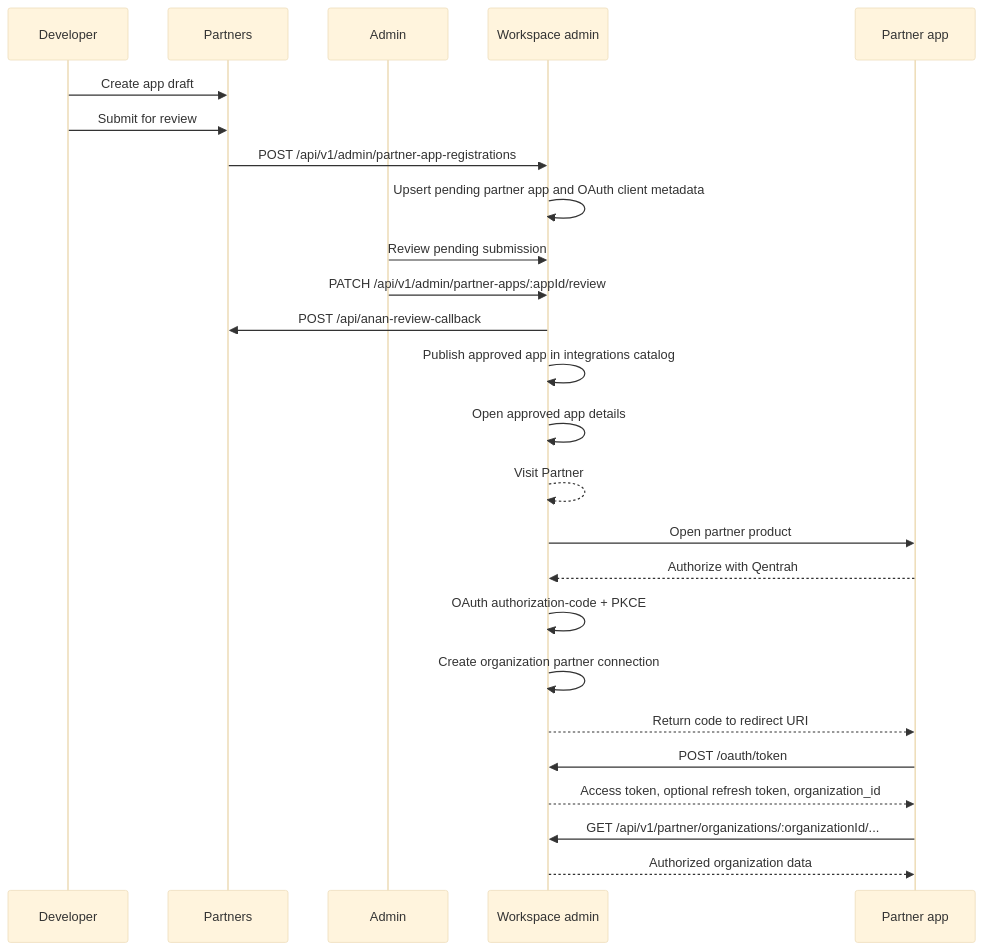
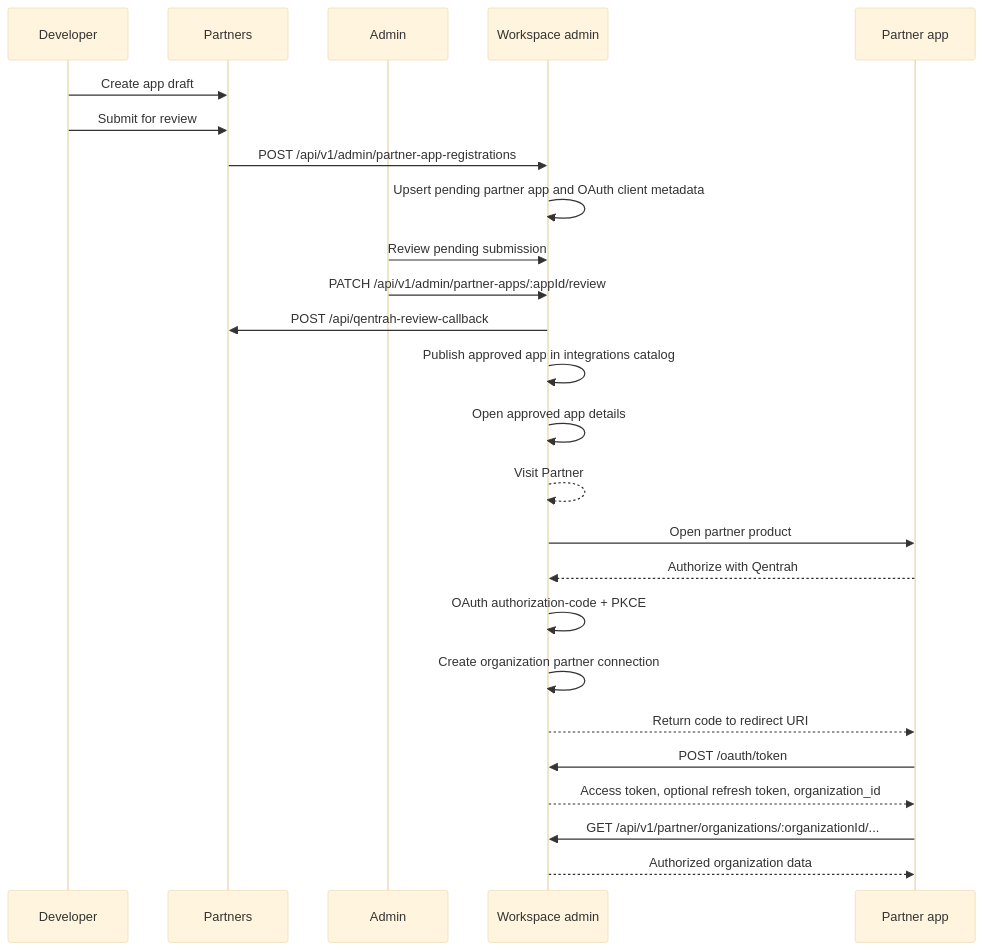
One commit to Up-to-code/ai-p1 changed the diagram in docs/partner-platform/README.md. Above: the diagram before and after it, drawn with Mermaid (base theme). The commit also changed other lines of this file and 418 other files, not shown here.

Commit message:
Complete Qentrah rename and partners build fixes

````diff
--- a/docs/partner-platform/README.md
+++ b/docs/partner-platform/README.md
@@ -20,29 +20,29 @@
 ```mermaid
 sequenceDiagram
   participant Dev as Developer
   participant Partners as Partners
   participant Admin as Admin
   participant Workspace as Workspace
   participant Workspace as Workspace admin
   participant App as Partner app
 
   Dev->>Partners: Create app draft
   Dev->>Partners: Submit for review
   Partners->>Workspace: POST /api/v1/admin/partner-app-registrations
   Workspace->>Workspace: Upsert pending partner app and OAuth client metadata
   Admin->>Workspace: Review pending submission
   Admin->>Workspace: PATCH /api/v1/admin/partner-apps/:appId/review
-  Workspace->>Partners: POST /api/anan-review-callback
+  Workspace->>Partners: POST /api/qentrah-review-callback
   Workspace->>Workspace: Publish approved app in integrations catalog
   Workspace->>Workspace: Open approved app details
   Workspace-->>Workspace: Visit Partner
   Workspace->>App: Open partner product
   App-->>Workspace: Authorize with Qentrah
   Workspace->>Workspace: OAuth authorization-code + PKCE
   Workspace->>Workspace: Create organization partner connection
   Workspace-->>App: Return code to redirect URI
   App->>Workspace: POST /oauth/token
   Workspace-->>App: Access token, optional refresh token, organization_id
   App->>Workspace: GET /api/v1/partner/organizations/:organizationId/...
   Workspace-->>App: Authorized organization data
 ```
````
